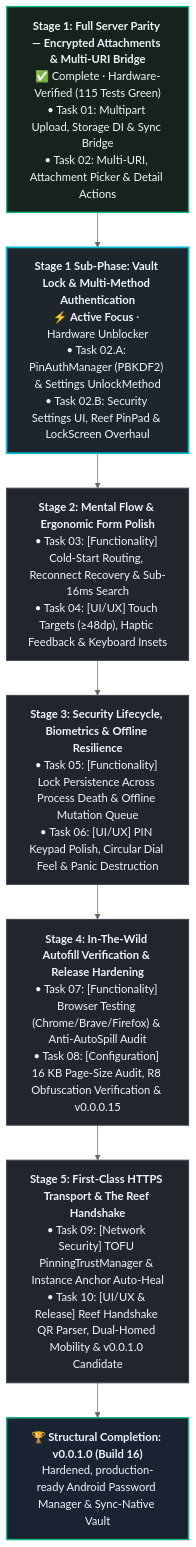
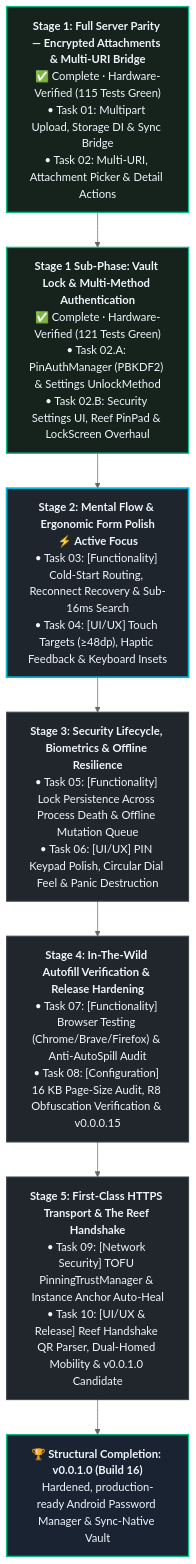
The diagram in ROADMAP.md (ClawStackStudios/ShellGuard-Mobile), drawn with Mermaid (neutral theme) before and after one commit. The commit also changed other lines of this file and 14 other files, not shown here.

First line of the commit message:
docs(walk): reconcile documentation and domain specs with Stage 1.5 in-place re-auth

````diff
--- a/ROADMAP.md
+++ b/ROADMAP.md
@@ -26,23 +26,23 @@
 ```mermaid
 flowchart TD
     classDef completedStage fill:#16231C,stroke:#10B981,stroke-width:2px,color:#F0F6FC;
     classDef activeStage fill:#1E252C,stroke:#06B6D4,stroke-width:2.5px,color:#F0F6FC;
     classDef futureStage fill:#21262D,stroke:#3D484E,stroke-width:1.5px,color:#F0F6FC;
     classDef targetMilestone fill:#1A2332,stroke:#10B981,stroke-width:2px,color:#F0F6FC;
 
     S1["<b>Stage 1: Full Server Parity — Encrypted Attachments & Multi-URI Bridge</b><br/>✅ Complete · Hardware-Verified (115 Tests Green)<br/>• Task 01: Multipart Upload, Storage DI & Sync Bridge<br/>• Task 02: Multi-URI, Attachment Picker & Detail Actions"]:::completedStage
 
-    S1_SUB["<b>Stage 1 Sub-Phase: Vault Lock & Multi-Method Authentication</b><br/>⚡ <b>Active Focus</b> · Hardware Unblocker<br/>• Task 02.A: PinAuthManager (PBKDF2) & Settings UnlockMethod<br/>• Task 02.B: Security Settings UI, Reef PinPad & LockScreen Overhaul"]:::activeStage
+    S1_SUB["<b>Stage 1 Sub-Phase: Vault Lock & Multi-Method Authentication</b><br/>✅ Complete · Hardware-Verified (121 Tests Green)<br/>• Task 02.A: PinAuthManager (PBKDF2) & Settings UnlockMethod<br/>• Task 02.B: Security Settings UI, Reef PinPad & LockScreen Overhaul"]:::completedStage
 
-    S2["<b>Stage 2: Mental Flow & Ergonomic Form Polish</b><br/>• Task 03: [Functionality] Cold-Start Routing, Reconnect Recovery & Sub-16ms Search<br/>• Task 04: [UI/UX] Touch Targets (≥48dp), Haptic Feedback & Keyboard Insets"]:::futureStage
+    S2["<b>Stage 2: Mental Flow & Ergonomic Form Polish</b><br/>⚡ <b>Active Focus</b><br/>• Task 03: [Functionality] Cold-Start Routing, Reconnect Recovery & Sub-16ms Search<br/>• Task 04: [UI/UX] Touch Targets (≥48dp), Haptic Feedback & Keyboard Insets"]:::activeStage
 
     S3["<b>Stage 3: Security Lifecycle, Biometrics & Offline Resilience</b><br/>• Task 05: [Functionality] Lock Persistence Across Process Death & Offline Mutation Queue<br/>• Task 06: [UI/UX] PIN Keypad Polish, Circular Dial Feel & Panic Destruction"]:::futureStage
 
     S4["<b>Stage 4: In-The-Wild Autofill Verification & Release Hardening</b><br/>• Task 07: [Functionality] Browser Testing (Chrome/Brave/Firefox) & Anti-AutoSpill Audit<br/>• Task 08: [Configuration] 16 KB Page-Size Audit, R8 Obfuscation Verification & v0.0.0.15"]:::futureStage
 
     S5["<b>Stage 5: First-Class HTTPS Transport & The Reef Handshake</b><br/>• Task 09: [Network Security] TOFU PinningTrustManager & Instance Anchor Auto-Heal<br/>• Task 10: [UI/UX & Release] Reef Handshake QR Parser, Dual-Homed Mobility & v0.0.1.0 Candidate"]:::futureStage
 
     M1["<b>🏆 Structural Completion: v0.0.1.0 (Build 16)</b><br/>Hardened, production-ready Android Password Manager & Sync-Native Vault"]:::targetMilestone
 
     S1 --> S1_SUB --> S2 --> S3 --> S4 --> S5 --> M1
 ```
````
